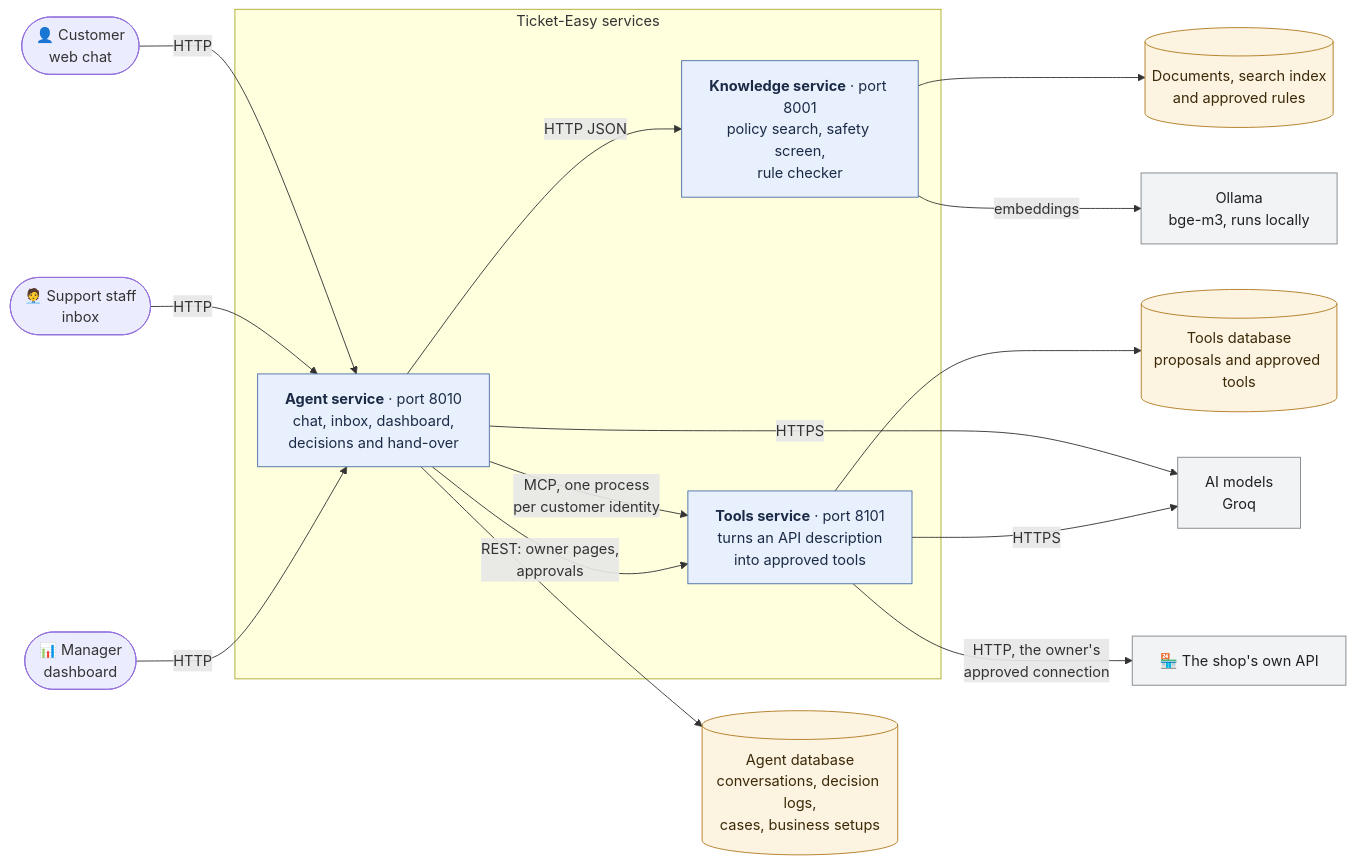
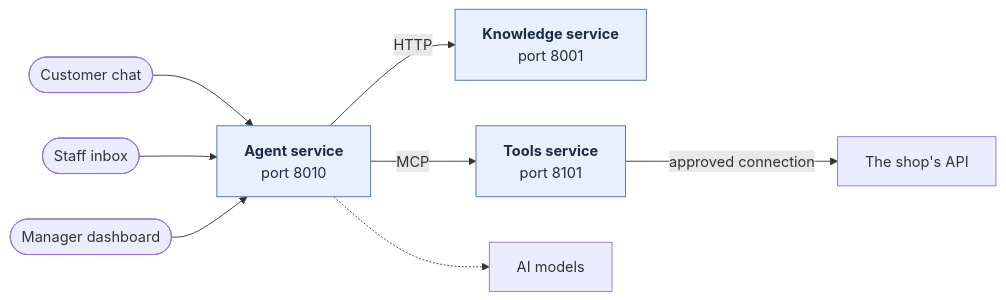
One commit to georgeemiL787/Ticket-Easy changed the first of 3 diagrams in README.md. Above: the diagram before and after it, drawn with Mermaid. The commit also changed other lines of this file, not shown here.

Commit message:
README: remove emojis, shorten the diagrams, drop the model footnote

````diff
--- a/README.md
+++ b/README.md
@@ -49,28 +49,12 @@
 ```mermaid
 flowchart LR
-  customer(["👤 Customer<br/>web chat"]) -->|HTTP| agent
-  staff(["🧑‍💼 Support staff<br/>inbox"]) -->|HTTP| agent
-  manager(["📊 Manager<br/>dashboard"]) -->|HTTP| agent
-  subgraph services["Ticket-Easy services"]
-    agent["<b>Agent service</b> · port 8010<br/>chat, inbox, dashboard,<br/>decisions and hand-over"]
-    knowledge["<b>Knowledge service</b> · port 8001<br/>policy search, safety screen,<br/>rule checker"]
-    tools["<b>Tools service</b> · port 8101<br/>turns an API description<br/>into approved tools"]
-  end
-  agent -->|"HTTP JSON"| knowledge
-  agent -->|"MCP, one process<br/>per customer identity"| tools
-  agent -->|"REST: owner pages,<br/>approvals"| tools
-  agent --> agentdb[("Agent database<br/>conversations, decision logs,<br/>cases, business setups")]
-  knowledge --> knowledgedata[("Documents, search index<br/>and approved rules")]
-  tools --> toolsdb[("Tools database<br/>proposals and approved tools")]
-  knowledge -->|"embeddings"| ollama["Ollama<br/>bge-m3, runs locally"]
-  agent -->|HTTPS| models["AI models<br/>Groq"]
-  tools -->|HTTPS| models
-  tools -->|"HTTP, the owner's<br/>approved connection"| shop["🏪 The shop's own API"]
-
+  customer(["Customer chat"]) --> agent
+  staff(["Staff inbox"]) --> agent
+  manager(["Manager dashboard"]) --> agent
+  agent["<b>Agent service</b><br/>port 8010"] -->|HTTP| knowledge["<b>Knowledge service</b><br/>port 8001"]
+  agent -->|MCP| tools["<b>Tools service</b><br/>port 8101"]
+  tools -->|"approved connection"| shop["The shop's API"]
+  agent -.-> models["AI models"]
   classDef svc fill:#e8f0fe,stroke:#4a6fa5,color:#1b2b45
-  classDef store fill:#fdf3e1,stroke:#b07a1f,color:#3b2a08
-  classDef ext fill:#f1f3f4,stroke:#80868b,color:#202124
   class agent,knowledge,tools svc
-  class agentdb,knowledgedata,toolsdb store
-  class ollama,models,shop ext
 ```
````
